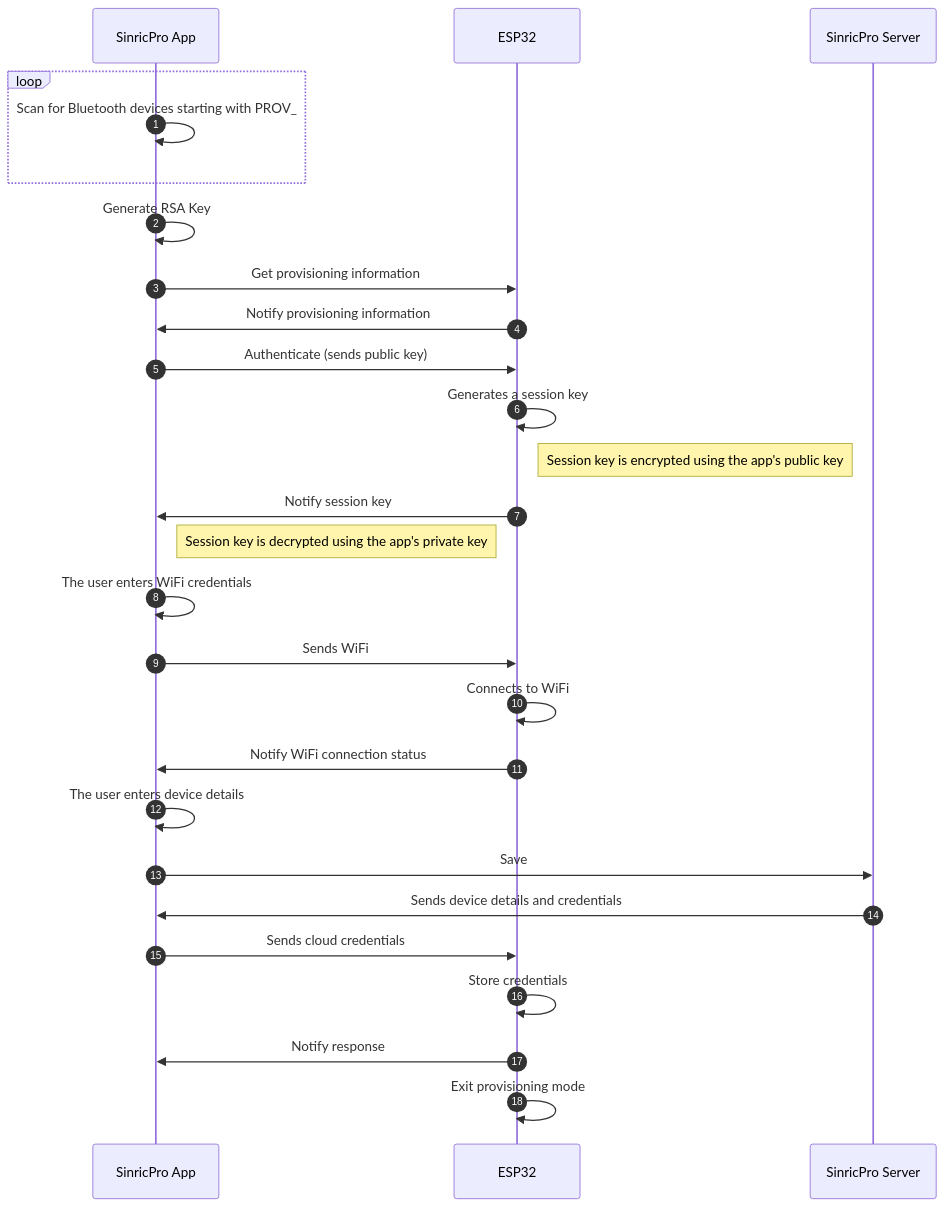
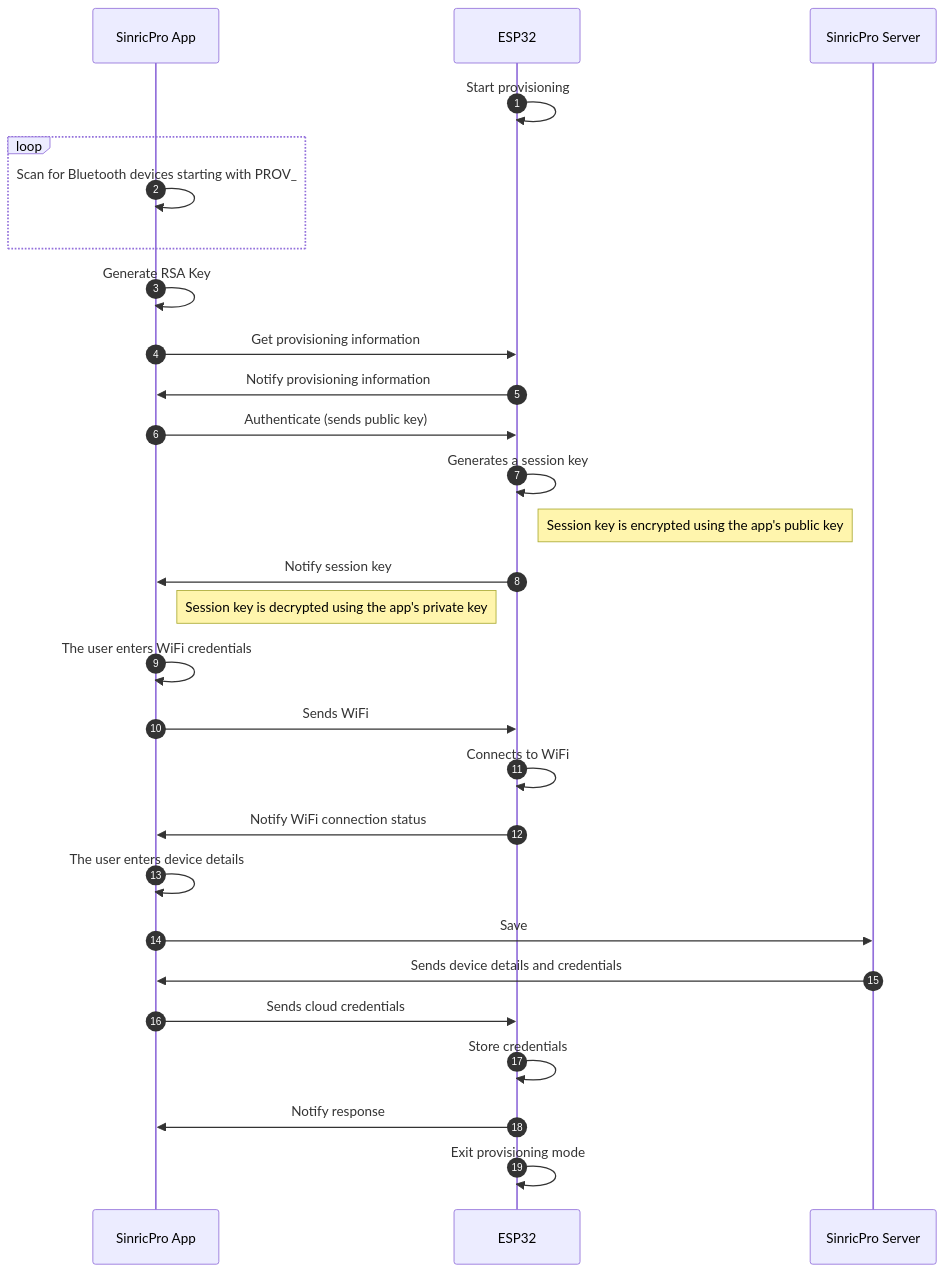
Before and after one commit to sinricpro/esp32-business-sdk: the diagram in README.md, drawn with Mermaid.

````diff
--- a/README.md
+++ b/README.md
@@ -3,31 +3,32 @@
 ```mermaid
 sequenceDiagram
   autonumber
   participant srpa as SinricPro App
   participant esp32 as ESP32
   participant srps as SinricPro Server
+  esp32->>esp32: Start provisioning   
   loop
     srpa->>srpa: Scan for Bluetooth devices starting with PROV_
   end 
   srpa->>srpa: Generate RSA Key   
   srpa->>esp32: Get provisioning information
   esp32->>srpa: Notify provisioning information
   srpa->>esp32: Authenticate (sends public key)
   esp32->>esp32: Generates a session key
   Note right of esp32:  Session key is encrypted using the app's public key
   esp32->>srpa: Notify session key
   Note right of srpa:  Session key is decrypted using the app's private key
   srpa->>srpa: The user enters WiFi credentials
   srpa->>esp32: Sends WiFi
   esp32->>esp32: Connects to WiFi
   esp32->>srpa: Notify WiFi connection status
   srpa->>srpa: The user enters device details
   srpa->>srps: Save 
   srps->>srpa: Sends device details and credentials
   srpa->>esp32: Sends cloud credentials
   esp32->>esp32: Store credentials
   esp32->>srpa: Notify response
   esp32->>esp32: Exit provisioning mode
 
   %% https://mermaid.js.org/syntax/sequenceDiagram.html
 ```
````
